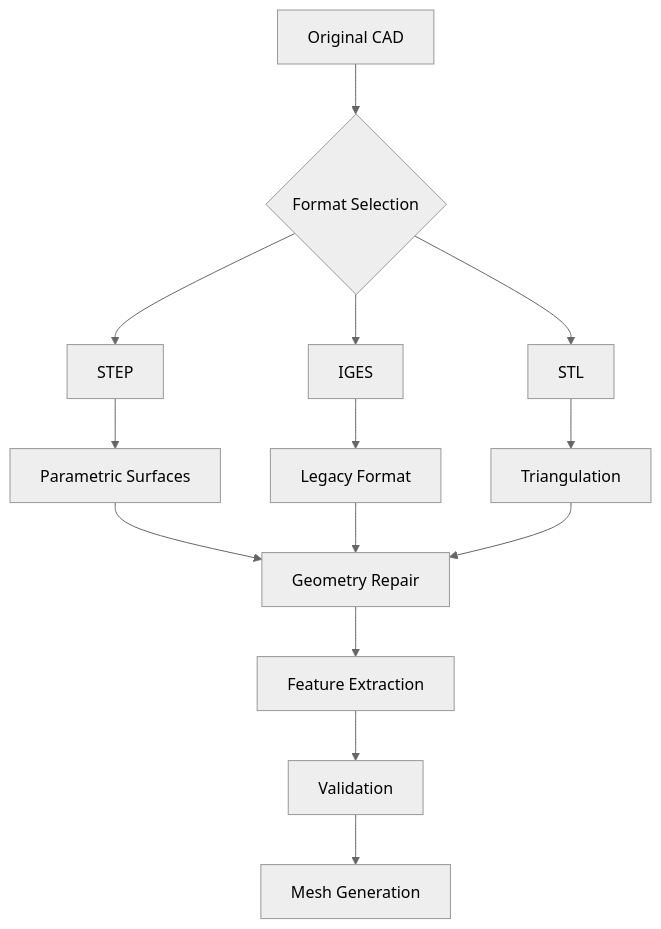
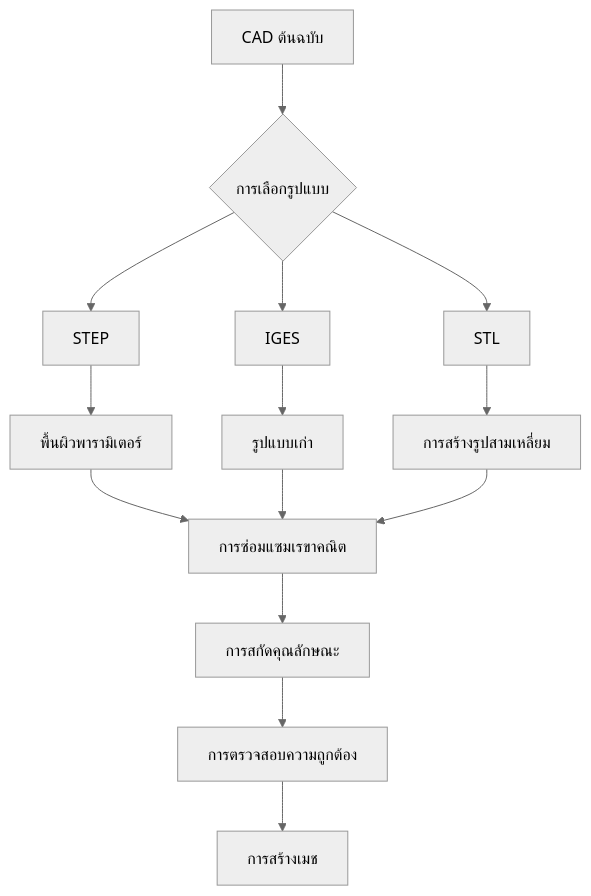
The diagram in MODULE_07_UTILITIES_AUTOMATION/CONTENT/02_MESH_PREPARATION/01_CAD_Preparation.md (wramet/build-my-cfd), drawn with Mermaid (neutral theme) before and after one commit. The commit also changed other lines of this file and 104 other files, not shown here.

````diff
--- a/MODULE_07_UTILITIES_AUTOMATION/CONTENT/02_MESH_PREPARATION/01_CAD_Preparation.md
+++ b/MODULE_07_UTILITIES_AUTOMATION/CONTENT/02_MESH_PREPARATION/01_CAD_Preparation.md
@@ -15,18 +15,18 @@
 ```mermaid
 flowchart TD
-    A[Original CAD] --> B{Format Selection}
+    A[CAD ต้นฉบับ] --> B{การเลือกรูปแบบ}
     B --> C[STEP]
     B --> D[IGES]
     B --> E[STL]
 
-    C --> F[Parametric Surfaces]
-    D --> G[Legacy Format]
-    E --> H[Triangulation]
+    C --> F[พื้นผิวพารามิเตอร์]
+    D --> G[รูปแบบเก่า]
+    E --> H[การสร้างรูปสามเหลี่ยม]
 
-    F --> I[Geometry Repair]
+    F --> I[การซ่อมแซมเรขาคณิต]
     G --> I
     H --> I
-    I --> J[Feature Extraction]
-    J --> K[Validation]
-    K --> L[Mesh Generation]
+    I --> J[การสกัดคุณลักษณะ]
+    J --> K[การตรวจสอบความถูกต้อง]
+    K --> L[การสร้างเมช]
 ```
````
